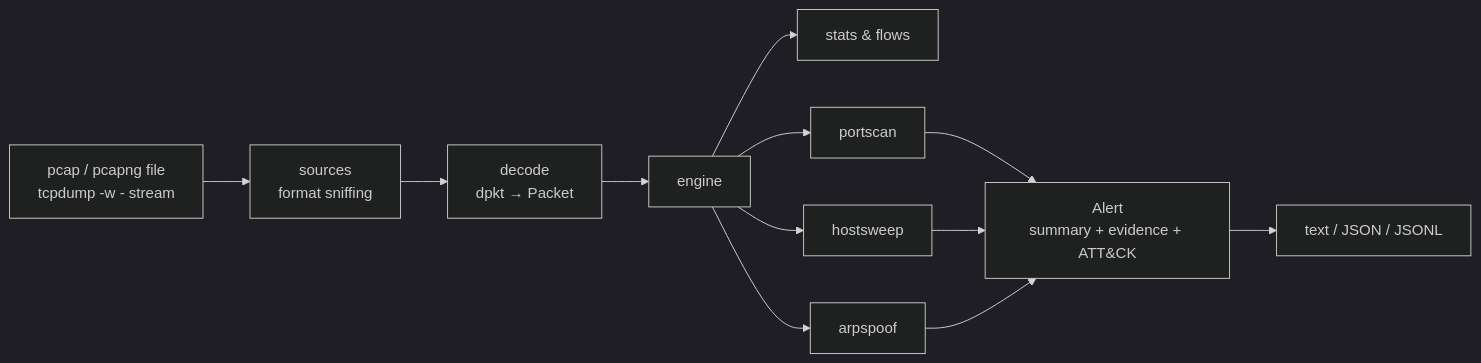
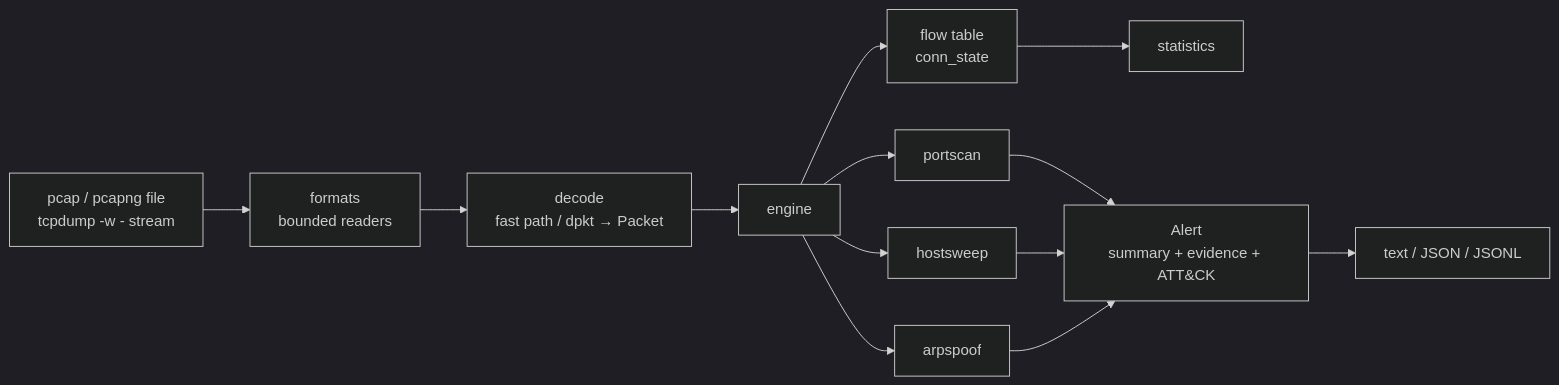
Before and after one commit to furkan-akkaya/NetGuard: the diagram in README.md, drawn with Mermaid (dark theme). The commit also changed other lines of this file and 14 other files, not shown here.

First line of the commit message:
docs: document v0.2.0 flows, readers and the restructured roadmap

````diff
--- a/README.md
+++ b/README.md
@@ -99,12 +120,12 @@
 ```mermaid
 flowchart LR
-    A[pcap / pcapng file<br/>tcpdump -w - stream] --> B[sources<br/>format sniffing]
-    B --> C[decode<br/>dpkt → Packet]
+    A[pcap / pcapng file<br/>tcpdump -w - stream] --> B[formats<br/>bounded readers]
+    B --> C[decode<br/>fast path / dpkt → Packet]
     C --> D[engine]
-    D --> E[stats & flows]
+    D --> E[flow table<br/>conn_state] --> S[statistics]
     D --> F1[portscan]
     D --> F2[hostsweep]
     D --> F3[arpspoof]
     F1 & F2 & F3 --> G[Alert<br/>summary + evidence + ATT&CK]
     G --> H[text / JSON / JSONL]
 ```
````
